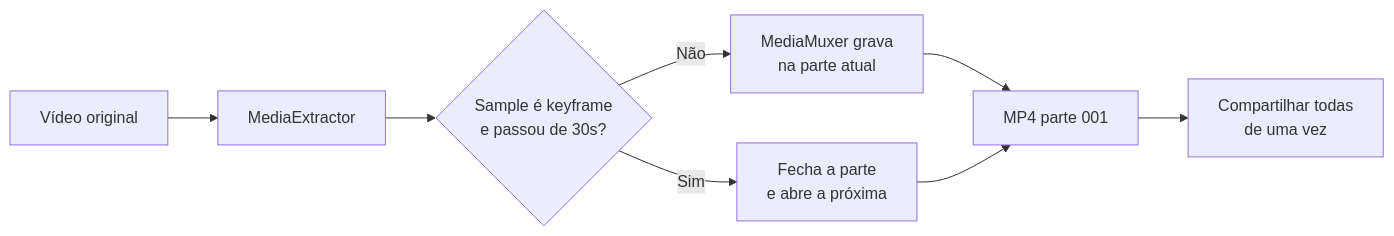
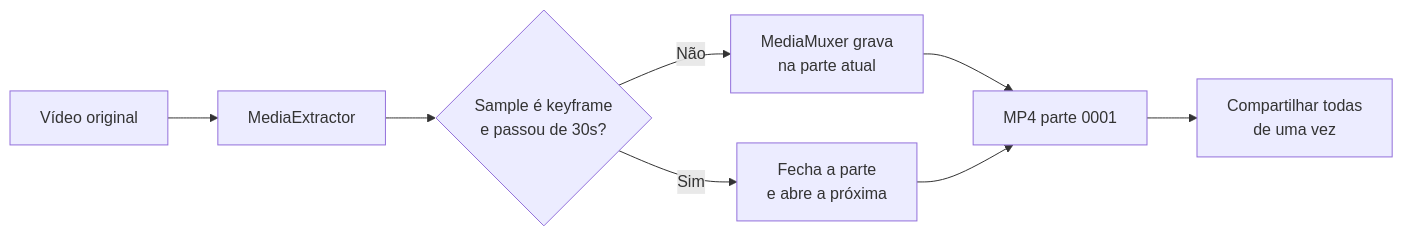
Before and after one commit to clebersys/divide30s: the diagram in README.md, drawn with Mermaid. The commit also changed other lines of this file and 20 other files, not shown here.

````diff
--- a/README.md
+++ b/README.md
@@ -24,10 +29,10 @@
 ```mermaid
 flowchart LR
     A[Vídeo original] --> B[MediaExtractor]
     B --> C{Sample é keyframe<br/>e passou de 30s?}
     C -- Não --> D[MediaMuxer grava<br/>na parte atual]
     C -- Sim --> E[Fecha a parte<br/>e abre a próxima]
-    D --> F[MP4 parte 001]
+    D --> F[MP4 parte 0001]
     E --> F
     F --> G[Compartilhar todas<br/>de uma vez]
 ```
````
